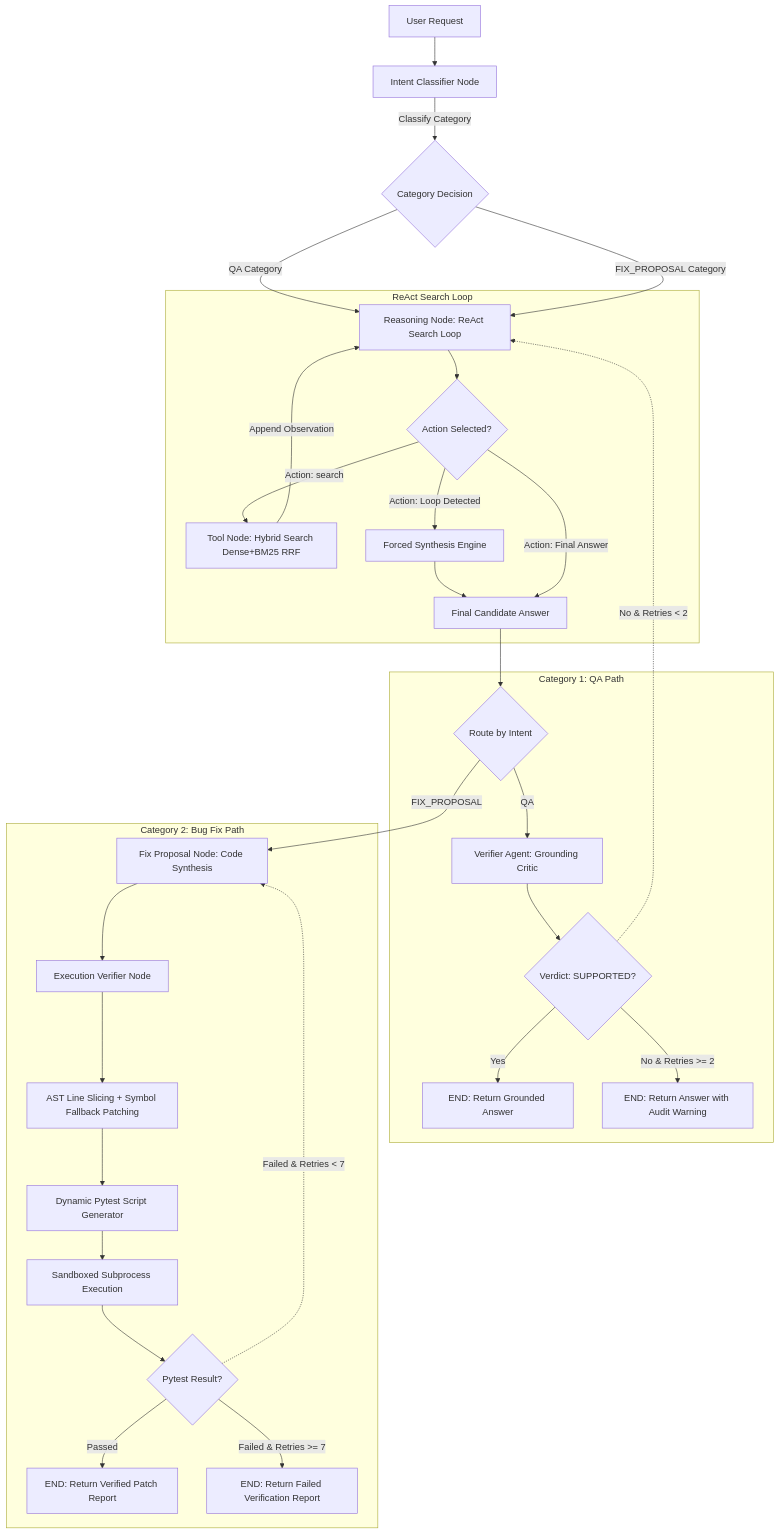
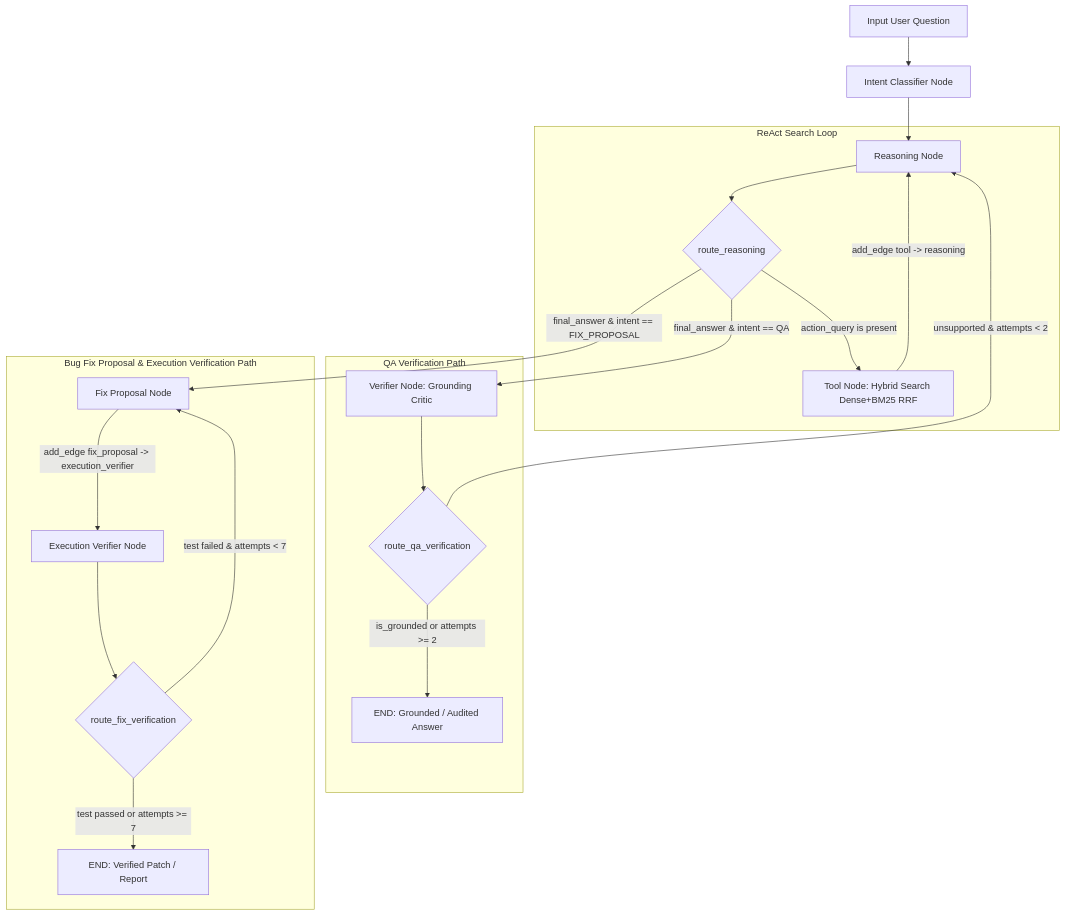
Before and after one commit to dhruvkachhela/AI-coding-agent: the diagram in README.md, drawn with Mermaid. The commit also changed other lines of this file, not shown here.

Commit message:
Update README architecture diagram and graph routing to match agent.ipynb exactly

````diff
--- a/README.md
+++ b/README.md
@@ -25,39 +27,27 @@
 ```mermaid
 graph TD
-    A[User Request] --> B[Intent Classifier Node]
-    B -->|Classify Category| C{Category Decision}
-    
-    C -->|QA Category| D[Reasoning Node: ReAct Search Loop]
-    C -->|FIX_PROPOSAL Category| D
+    A[Input User Question] --> B[Intent Classifier Node]
+    B --> C[Reasoning Node]
     
     subgraph ReAct Search Loop
-    D --> E{Action Selected?}
-    E -->|Action: search| F[Tool Node: Hybrid Search Dense+BM25 RRF]
-    F -->|Append Observation| D
-    E -->|Action: Loop Detected| G[Forced Synthesis Engine]
-    G --> H[Final Candidate Answer]
-    E -->|Action: Final Answer| H
+    C --> D{route_reasoning}
+    D -->|action_query is present| E[Tool Node: Hybrid Search Dense+BM25 RRF]
+    E -->|add_edge tool -> reasoning| C
     end
     
-    H --> I{Route by Intent}
+    D -->|final_answer & intent == QA| F[Verifier Node: Grounding Critic]
+    D -->|final_answer & intent == FIX_PROPOSAL| G[Fix Proposal Node]
     
-    subgraph Category 1: QA Path
-    I -->|QA| J[Verifier Agent: Grounding Critic]
-    J --> K{Verdict: SUPPORTED?}
-    K -->|Yes| L[END: Return Grounded Answer]
-    K -.->|No & Retries < 2| D
-    K -->|No & Retries >= 2| M[END: Return Answer with Audit Warning]
+    subgraph QA Verification Path
+    F --> H{route_qa_verification}
+    H -->|is_grounded or attempts >= 2| I[END: Grounded / Audited Answer]
+    H -->|unsupported & attempts < 2| C
     end
     
-    subgraph Category 2: Bug Fix Path
-    I -->|FIX_PROPOSAL| N[Fix Proposal Node: Code Synthesis]
-    N --> O[Execution Verifier Node]
-    O --> P[AST Line Slicing + Symbol Fallback Patching]
-    P --> Q[Dynamic Pytest Script Generator]
-    Q --> R[Sandboxed Subprocess Execution]
-    R --> S{Pytest Result?}
-    S -->|Passed| T[END: Return Verified Patch Report]
-    S -.->|Failed & Retries < 7| N
-    S -->|Failed & Retries >= 7| U[END: Return Failed Verification Report]
+    subgraph Bug Fix Proposal & Execution Verification Path
+    G -->|add_edge fix_proposal -> execution_verifier| J[Execution Verifier Node]
+    J --> K{route_fix_verification}
+    K -->|test passed or attempts >= 7| L[END: Verified Patch / Report]
+    K -->|test failed & attempts < 7| G
     end
 ```
````
